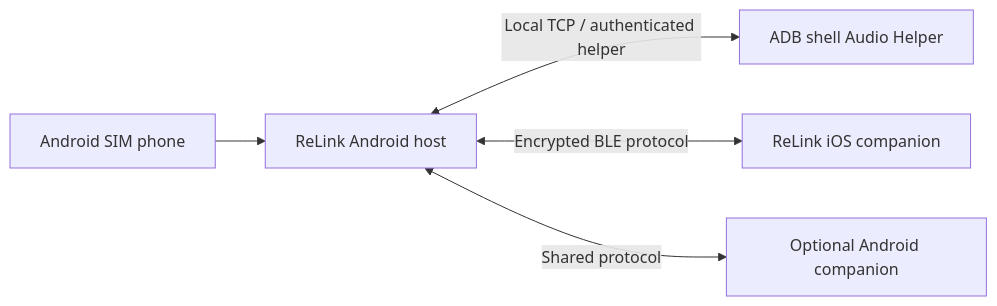
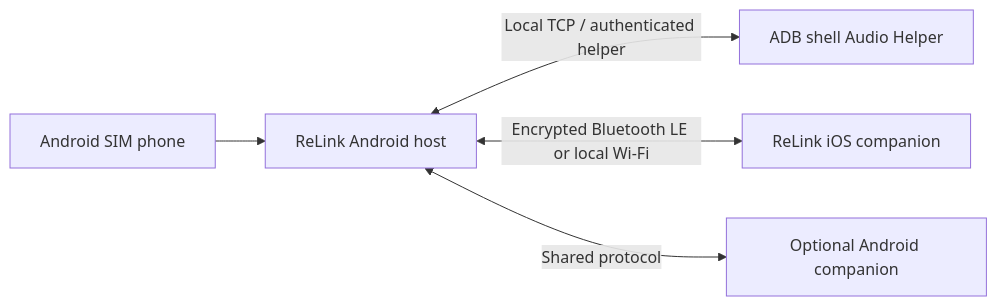
The diagram in README.md (heat-core/relink), drawn with Mermaid before and after one commit. The commit also changed other lines of this file and 1 other file, not shown here.

Commit message:
Document the verified ReLink Beta 7 release [skip ci]

````diff
--- a/README.md
+++ b/README.md
@@ -65,7 +65,7 @@
 ```mermaid
 flowchart LR
   SIM[Android SIM phone] --> HOST[ReLink Android host]
   HOST <-->|Local TCP / authenticated helper| HELPER[ADB shell Audio Helper]
-  HOST <-->|Encrypted BLE protocol| IOS[ReLink iOS companion]
+  HOST <-->|Encrypted Bluetooth LE or local Wi-Fi| IOS[ReLink iOS companion]
   HOST <-->|Shared protocol| CLIENT[Optional Android companion]
 ```
````
